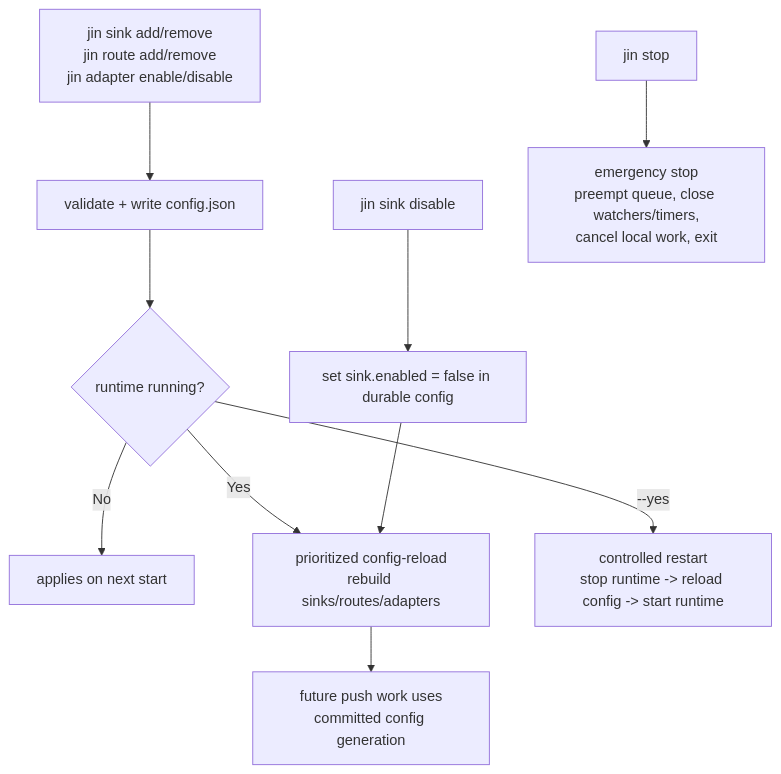
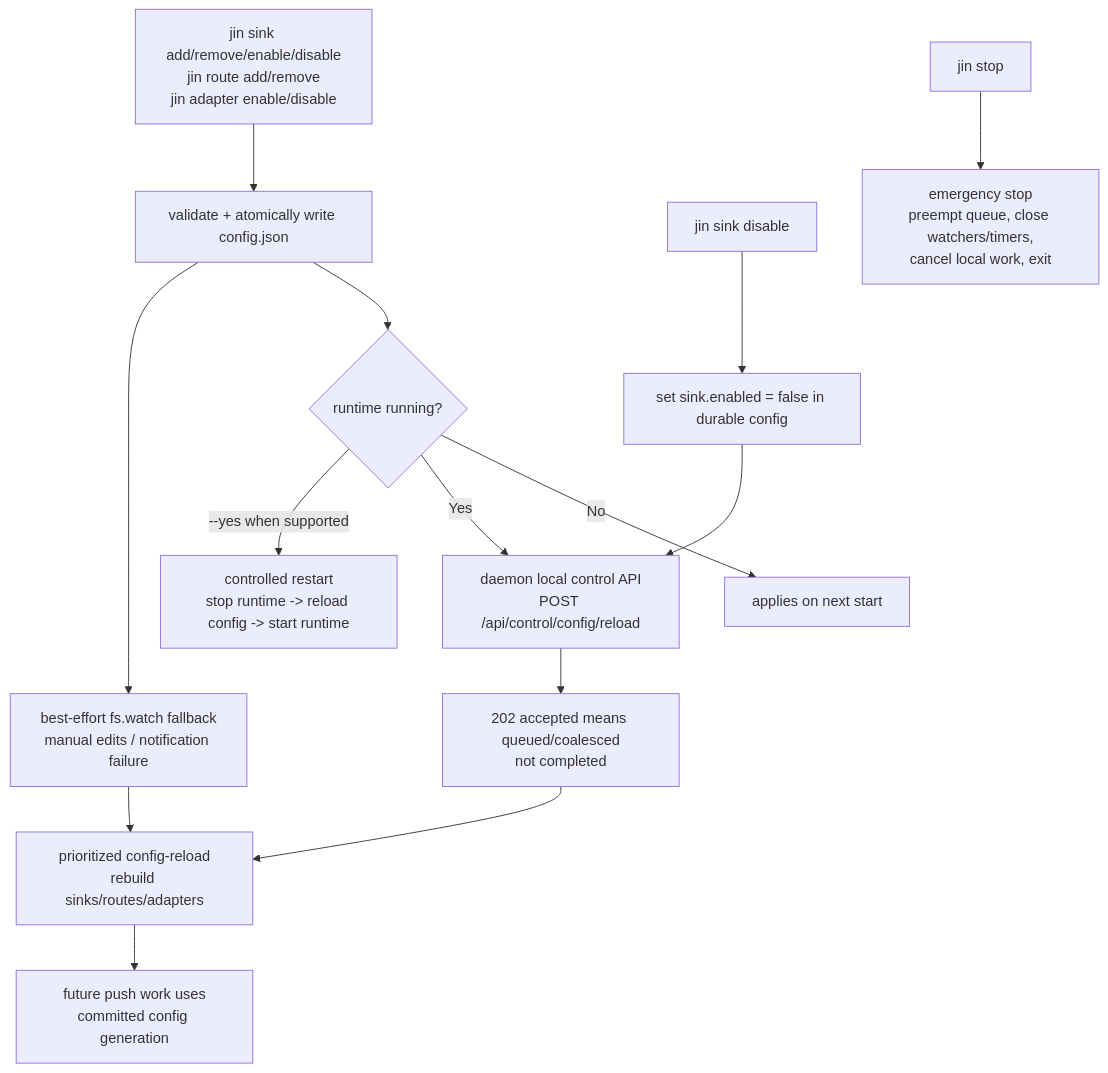
Before and after one commit to mendeleden/jin: the diagram in docs/blueprint/mermaid/bp-08-config-mutation-and-runtime-control.mmd, drawn with Mermaid. The commit also changed 23 other files, not shown here.

Commit message:
fix: harden config mutation reload boundary

```diff
--- a/docs/blueprint/mermaid/bp-08-config-mutation-and-runtime-control.mmd
+++ b/docs/blueprint/mermaid/bp-08-config-mutation-and-runtime-control.mmd
@@ -1,15 +1,19 @@
 %% Source: docs/blueprint/BP-08-routing-and-config.md
 %% Diagram: Config Mutation and Runtime Control
 
 flowchart TD
-    Mutate["jin sink add/remove<br/>jin route add/remove<br/>jin adapter enable/disable"] --> Validate["validate + write config.json"]
+    Mutate["jin sink add/remove/enable/disable<br/>jin route add/remove<br/>jin adapter enable/disable"] --> Validate["validate + atomically write config.json"]
     Validate --> Runtime{"runtime running?"}
     Runtime -->|No| NextStart["applies on next start"]
-    Runtime -->|Yes| Reload["prioritized config-reload<br/>rebuild sinks/routes/adapters"]
-    Runtime -->|--yes| Restart["controlled restart<br/>stop runtime -> reload config -> start runtime"]
+    Runtime -->|Yes| Control["daemon local control API<br/>POST /api/control/config/reload"]
+    Control --> Ack["202 accepted means queued/coalesced<br/>not completed"]
+    Ack --> Reload["prioritized config-reload<br/>rebuild sinks/routes/adapters"]
+    Runtime -->|--yes when supported| Restart["controlled restart<br/>stop runtime -> reload config -> start runtime"]
 
     Disable["jin sink disable <id>"] --> Durable["set sink.enabled = false in durable config"]
-    Durable --> Reload
+    Durable --> Control
     Reload --> Apply["future push work uses<br/>committed config generation"]
+    Validate --> Watcher["best-effort fs.watch fallback<br/>manual edits / notification failure"]
+    Watcher --> Reload
 
     Stop["jin stop"] --> Shutdown["emergency stop<br/>preempt queue, close watchers/timers,<br/>cancel local work, exit"]
```
